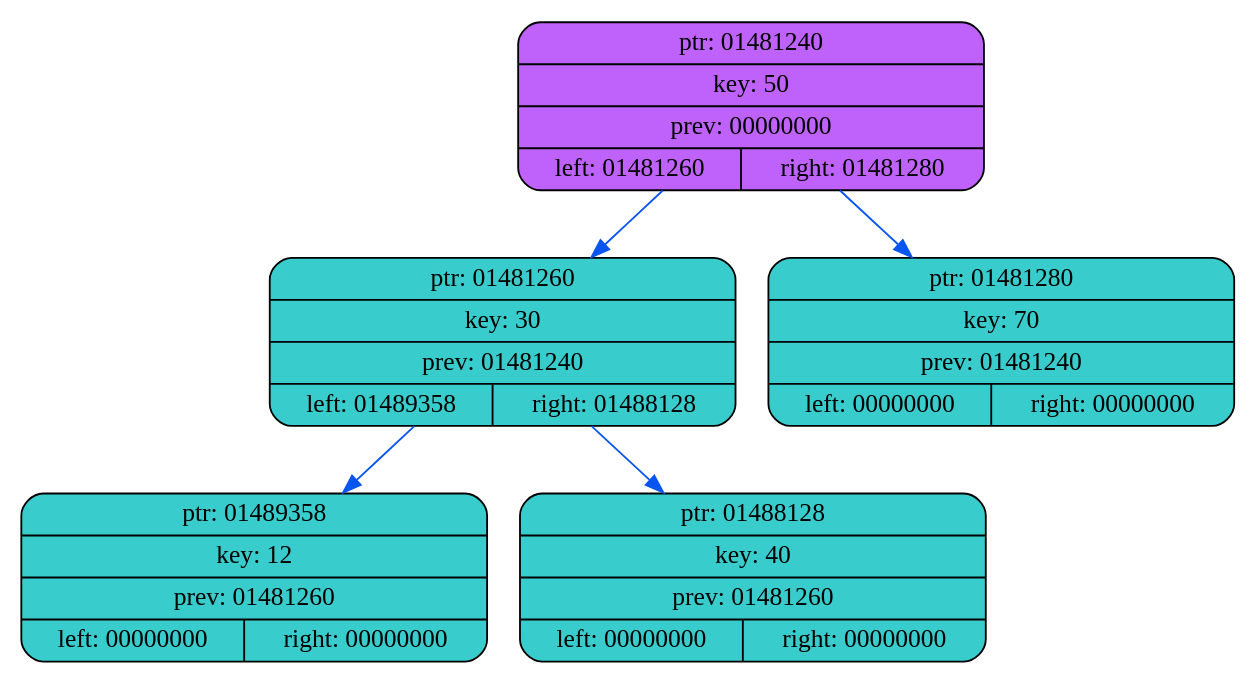
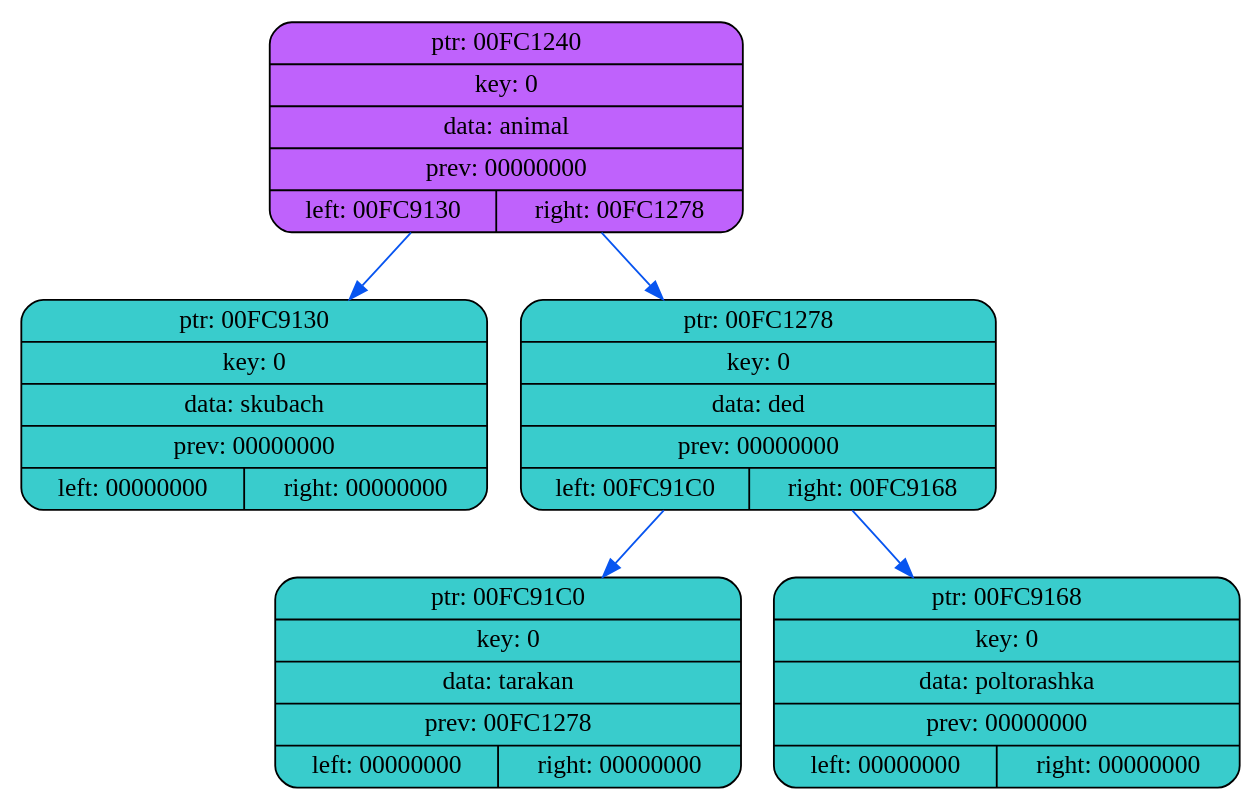
Before and after one commit to coffee8cat/akinator: the diagram in data/dump2.dot, drawn with Graphviz. The commit also changed 8 other files, not shown here.

```diff
--- a/data/dump2.dot
+++ b/data/dump2.dot
@@ -1,14 +1,14 @@
 digraph
 {
     rankdir=TP
 
-        node01481240[shape=record,style="rounded,filled",fillcolor="#BF62FC",label="{ ptr: 01481240 | key: 50 | prev: 00000000| { left: 01481260 | right: 01481280 }}"];
-    node01481240 -> node01481260[color="#0855F0"]
-    node01481260[shape=record,style="rounded,filled",fillcolor="#39CCCC",label="{ ptr: 01481260 | key: 30 | prev: 01481240 | { left: 01489358 | right: 01488128 }}"];
-    node01481260 -> node01489358[color="#0855F0"]
-    node01489358[shape=record,style="rounded,filled",fillcolor="#39CCCC",label="{ ptr: 01489358 | key: 12 | prev: 01481260 | { left: 00000000 | right: 00000000 }}"];
-    node01481260 -> node01488128[color="#0855F0"]
-    node01488128[shape=record,style="rounded,filled",fillcolor="#39CCCC",label="{ ptr: 01488128 | key: 40 | prev: 01481260 | { left: 00000000 | right: 00000000 }}"];
-    node01481240 -> node01481280[color="#0855F0"]
-    node01481280[shape=record,style="rounded,filled",fillcolor="#39CCCC",label="{ ptr: 01481280 | key: 70 | prev: 01481240 | { left: 00000000 | right: 00000000 }}"];
+        node00FC1240[shape=record,style="rounded,filled",fillcolor="#BF62FC",label="{ ptr: 00FC1240 | key: 0 | data: animal| prev: 00000000| { left: 00FC9130 | right: 00FC1278 }}"];
+    node00FC1240 -> node00FC9130[color="#0855F0"]
+    node00FC9130[shape=record,style="rounded,filled",fillcolor="#39CCCC",label="{ ptr: 00FC9130 | key: 0 | data: skubach| prev: 00000000 | { left: 00000000 | right: 00000000 }}"];
+    node00FC1240 -> node00FC1278[color="#0855F0"]
+    node00FC1278[shape=record,style="rounded,filled",fillcolor="#39CCCC",label="{ ptr: 00FC1278 | key: 0 | data: ded| prev: 00000000 | { left: 00FC91C0 | right: 00FC9168 }}"];
+    node00FC1278 -> node00FC91C0[color="#0855F0"]
+    node00FC91C0[shape=record,style="rounded,filled",fillcolor="#39CCCC",label="{ ptr: 00FC91C0 | key: 0 | data: tarakan| prev: 00FC1278 | { left: 00000000 | right: 00000000 }}"];
+    node00FC1278 -> node00FC9168[color="#0855F0"]
+    node00FC9168[shape=record,style="rounded,filled",fillcolor="#39CCCC",label="{ ptr: 00FC9168 | key: 0 | data: poltorashka| prev: 00000000 | { left: 00000000 | right: 00000000 }}"];
 }
```
